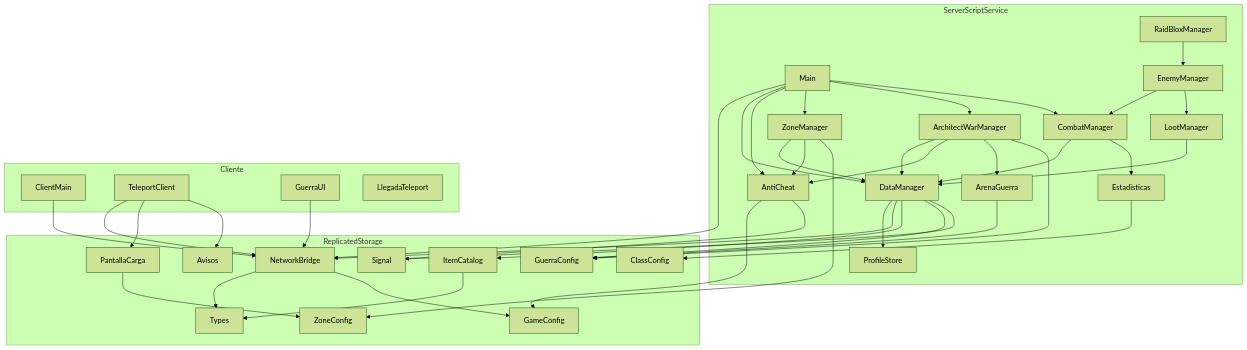
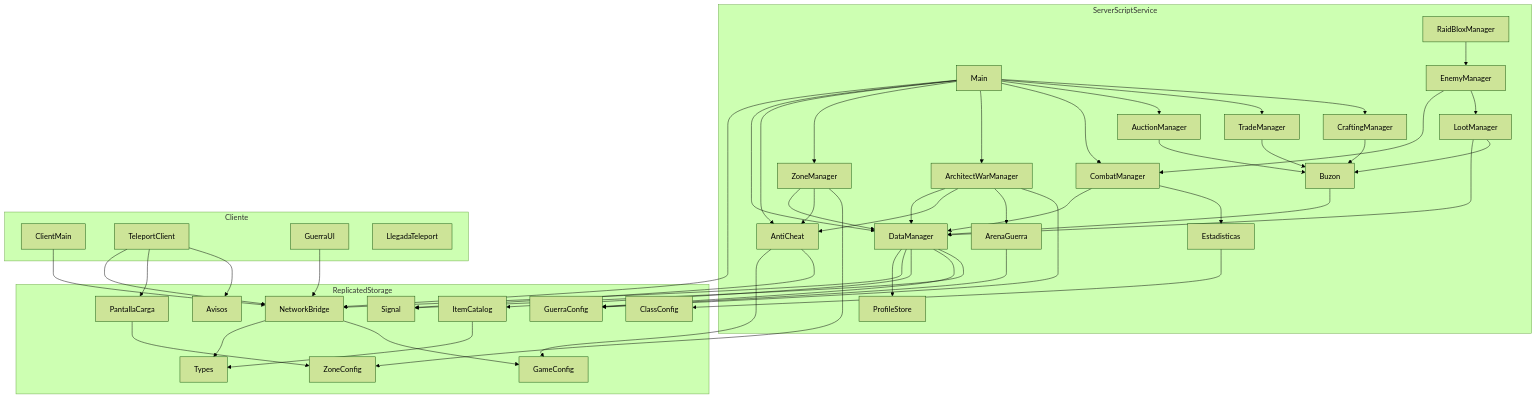
One commit to vonvivant/raidblox changed the first of 2 diagrams in docs/arquitectura.md. Above: the diagram before and after it, drawn with Mermaid (forest theme). The commit also changed other lines of this file and 5 other files, not shown here.

First line of the commit message:
Docs: economía (subastas, entregas pendientes, comercio) y diagramas

```diff
--- a/docs/arquitectura.md
+++ b/docs/arquitectura.md
@@ -90,6 +105,10 @@
         EnemyManager
         RaidBloxManager
         LootManager
+        Buzon
+        AuctionManager
+        TradeManager
+        CraftingManager
     end
 
     subgraph Client[Cliente]
@@ -134,6 +153,14 @@
     EnemyManager --> LootManager
     RaidBloxManager --> EnemyManager
     LootManager --> DataManager
+    LootManager --> Buzon
+    Buzon --> DataManager
+    Main --> AuctionManager
+    Main --> TradeManager
+    Main --> CraftingManager
+    AuctionManager --> Buzon
+    TradeManager --> Buzon
+    CraftingManager --> Buzon
 
     ClientMain --> NetworkBridge
     TeleportClient --> NetworkBridge
```
